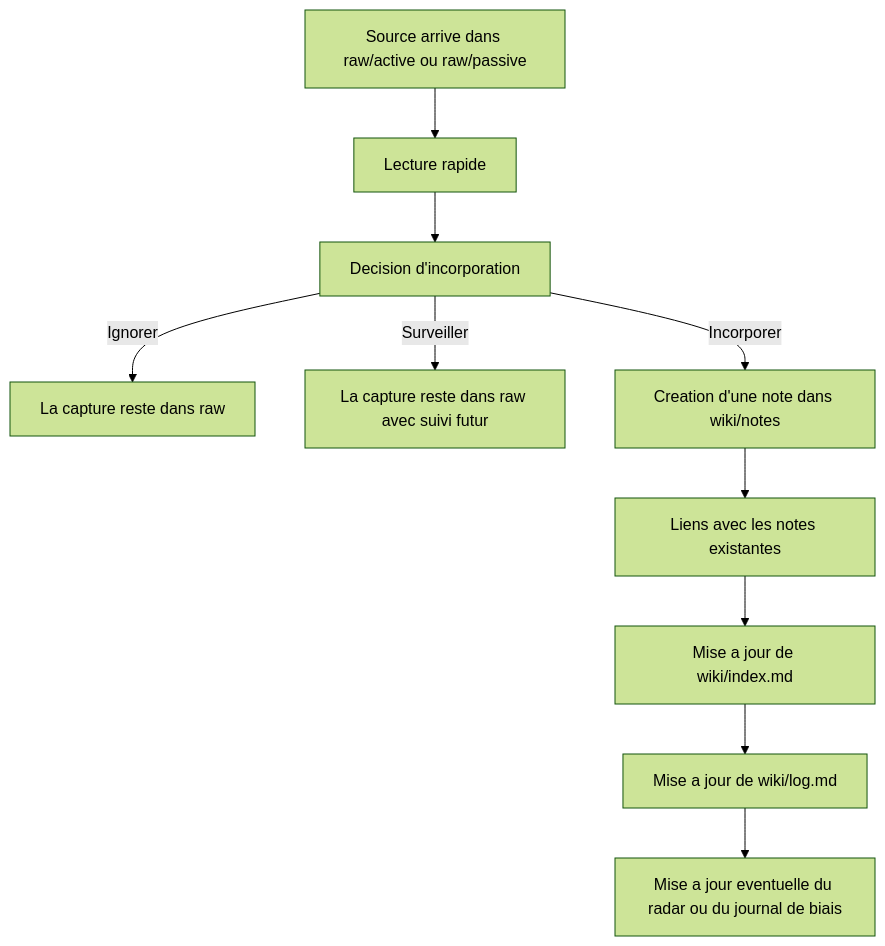
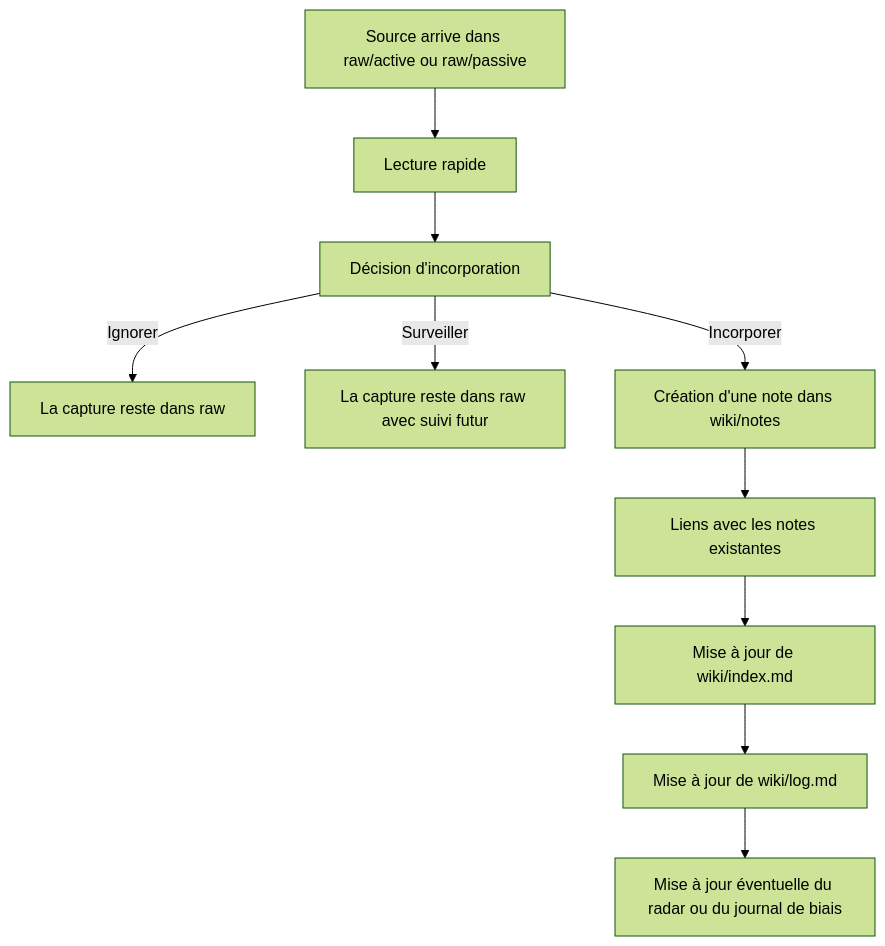
Before and after one commit to WO-VIER/veille-obsidian: the diagram in veille-vault/wiki/pipeline-incorporation-note.md, drawn with Mermaid (forest theme). The commit also changed other lines of this file and 16 other files, not shown here.

````diff
--- a/veille-vault/wiki/pipeline-incorporation-note.md
+++ b/veille-vault/wiki/pipeline-incorporation-note.md
@@ -8,12 +8,12 @@
 ```mermaid
 flowchart TD
     A[Source arrive dans raw/active ou raw/passive] --> B[Lecture rapide]
-    B --> C[Decision d'incorporation]
+    B --> C[Décision d'incorporation]
     C -->|Ignorer| D[La capture reste dans raw]
     C -->|Surveiller| E[La capture reste dans raw avec suivi futur]
-    C -->|Incorporer| F[Creation d'une note dans wiki/notes]
+    C -->|Incorporer| F[Création d'une note dans wiki/notes]
     F --> G[Liens avec les notes existantes]
-    G --> H[Mise a jour de wiki/index.md]
-    H --> I[Mise a jour de wiki/log.md]
-    I --> J[Mise a jour eventuelle du radar ou du journal de biais]
+    G --> H[Mise à jour de wiki/index.md]
+    H --> I[Mise à jour de wiki/log.md]
+    I --> J[Mise à jour éventuelle du radar ou du journal de biais]
 ```
````
